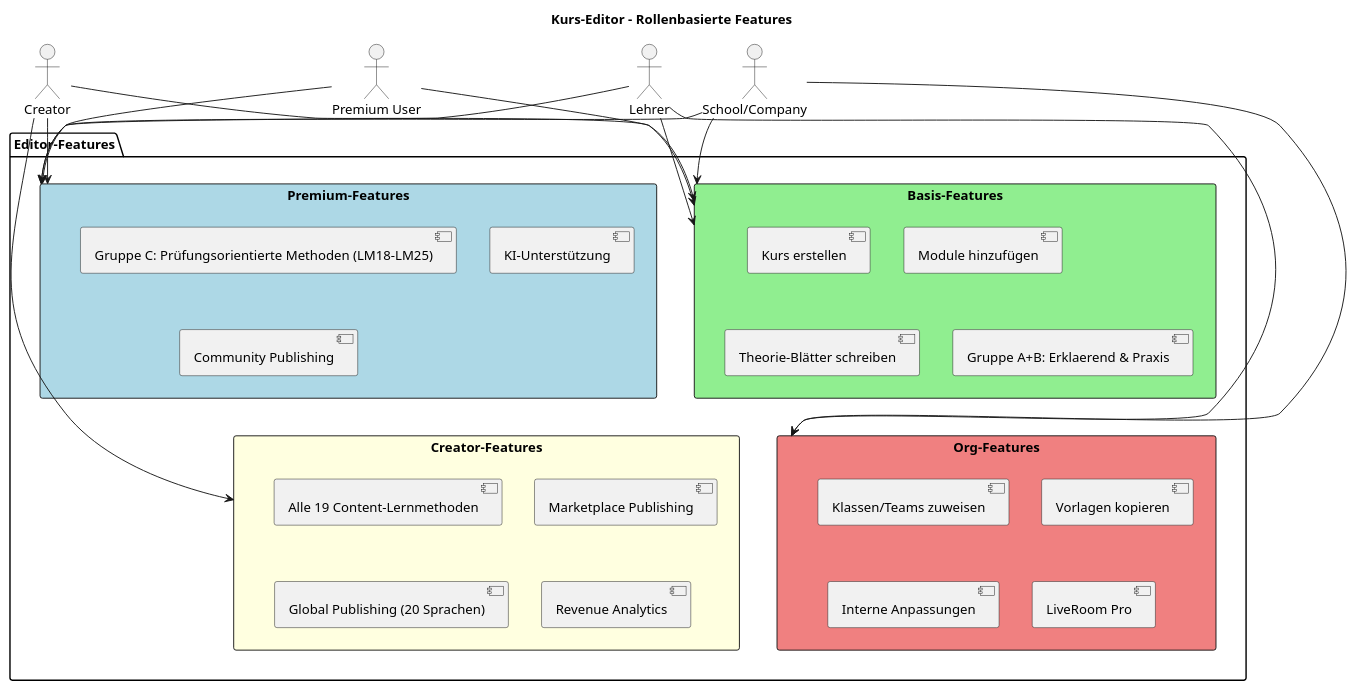
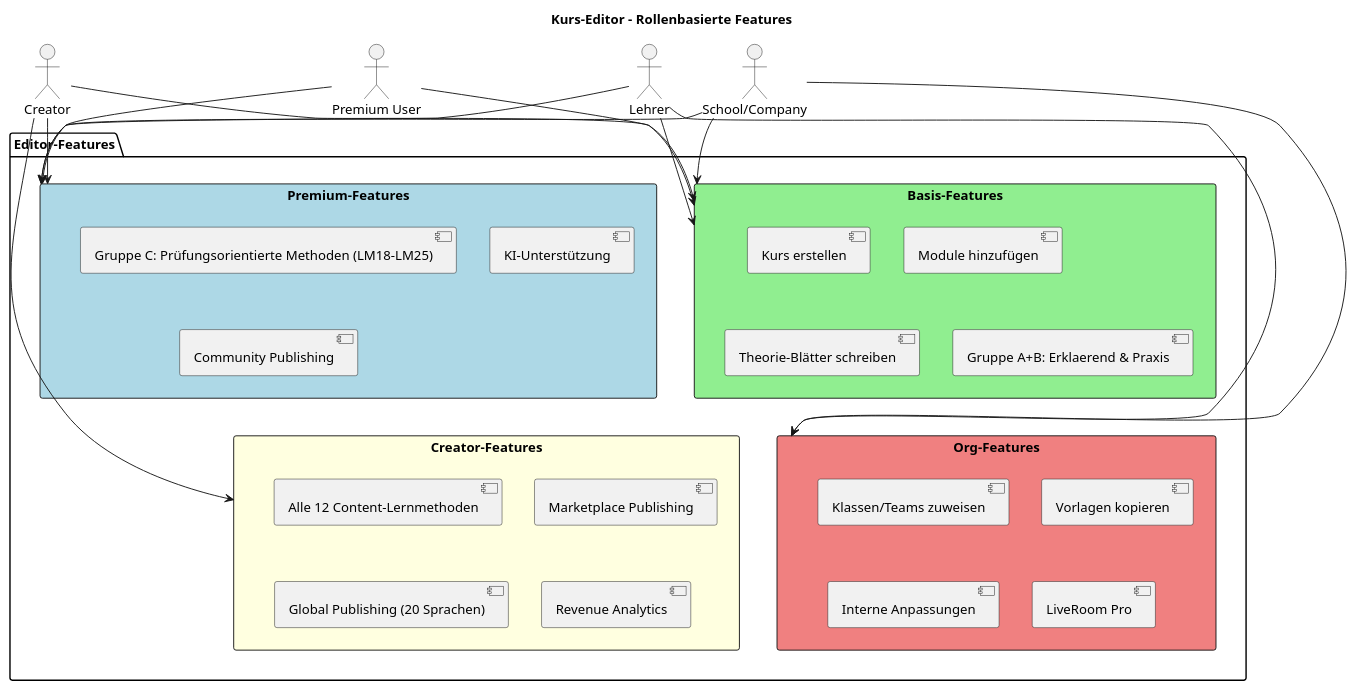
One commit to flokflok1/lernseite changed diagram 11 of 17 in LernsystemX-Doku/01_Core/04_Kurs-Architektur.md. Above: the diagram before and after it, drawn with PlantUML. The commit also changed other lines of this file and 1490 other files, not shown here.

````diff
--- a/LernsystemX-Doku/01_Core/04_Kurs-Architektur.md
+++ b/LernsystemX-Doku/01_Core/04_Kurs-Architektur.md
@@ -879,56 +879,56 @@
 ```plantuml
 @startuml
 title Kurs-Editor - Rollenbasierte Features
 
 actor "Premium User" as premium
 actor "Creator" as creator
 actor "Lehrer" as teacher
 actor "School/Company" as org
 
 package "Editor-Features" {
 
   rectangle "Basis-Features" #LightGreen {
     [Kurs erstellen]
     [Module hinzufügen]
     [Theorie-Blätter schreiben]
     [Gruppe A+B: Erklaerend & Praxis]
   }
 
   rectangle "Premium-Features" #LightBlue {
     [Gruppe C: Prüfungsorientierte Methoden (LM18–LM25)]
     [KI-Unterstützung]
     [Community Publishing]
   }
 
   rectangle "Creator-Features" #LightYellow {
-    [Alle 19 Content-Lernmethoden]
+    [Alle 12 Content-Lernmethoden]
     [Marketplace Publishing]
     [Global Publishing (20 Sprachen)]
     [Revenue Analytics]
   }
 
   rectangle "Org-Features" #LightCoral {
     [Klassen/Teams zuweisen]
     [Vorlagen kopieren]
     [Interne Anpassungen]
     [LiveRoom Pro]
   }
 }
 
 premium --> "Basis-Features"
 premium --> "Premium-Features"
 
 creator --> "Basis-Features"
 creator --> "Premium-Features"
 creator --> "Creator-Features"
 
 teacher --> "Basis-Features"
 teacher --> "Premium-Features"
 teacher --> "Org-Features"
 
 org --> "Basis-Features"
 org --> "Premium-Features"
 org --> "Org-Features"
 
 @enduml
 ```
````
